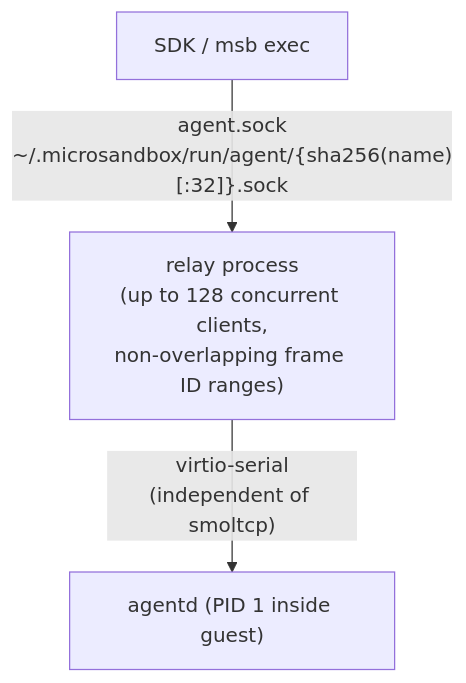
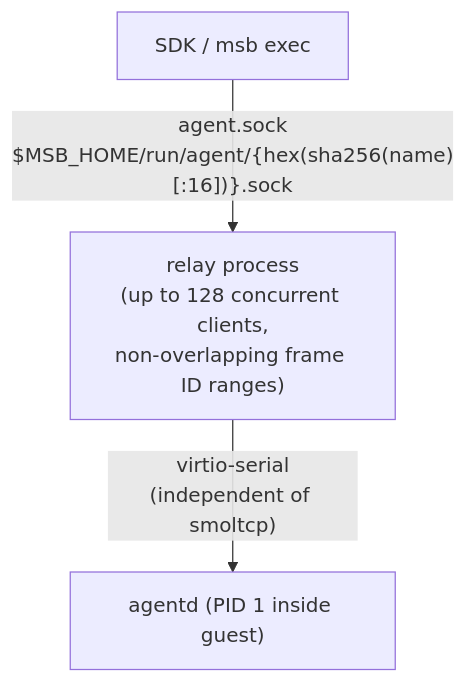
One commit to TheRealSibasishBehera/msb-operator changed the tenth of 11 diagrams in docs/operator-design.md. Above: the diagram before and after it, drawn with Mermaid. The commit also changed other lines of this file, not shown here.

First line of the commit message:
docs: bridge is a transparent byte splice; fix socket path, Service name, drop ssh

````diff
--- a/docs/operator-design.md
+++ b/docs/operator-design.md
@@ -770,9 +770,9 @@
 ```mermaid
 flowchart TD
     SDK["SDK / msb exec"]
     relay["relay process\n(up to 128 concurrent clients,\nnon-overlapping frame ID ranges)"]
     agentd["agentd (PID 1 inside guest)"]
 
-    SDK -->|"agent.sock\n~/.microsandbox/run/agent/{sha256(name)[:32]}.sock"| relay
+    SDK -->|"agent.sock\n$MSB_HOME/run/agent/{hex(sha256(name)[:16])}.sock"| relay
     relay -->|"virtio-serial\n(independent of smoltcp)"| agentd
 ```
````
